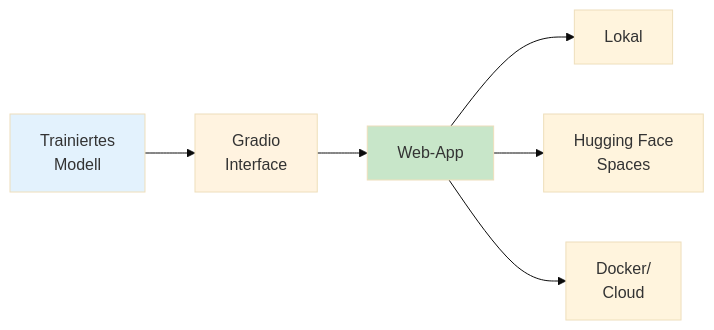
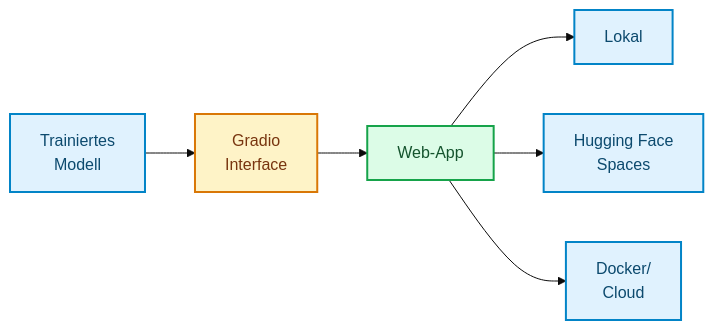
One commit to ralf-42/ML_Intro changed the sixth of 6 diagrams in docs/deployment/Gradio_Deployment.md. Above: the diagram before and after it, drawn with Mermaid (base theme). The commit also changed other lines of this file and 67 other files, not shown here.

````diff
--- a/docs/deployment/Gradio_Deployment.md
+++ b/docs/deployment/Gradio_Deployment.md
@@ -547,13 +554,15 @@
 ```mermaid
 flowchart LR
     A[Trainiertes<br/>Modell] --> B[Gradio<br/>Interface]
     B --> C[Web-App]
     
     C --> D[Lokal]
     C --> E[Hugging Face<br/>Spaces]
     C --> F[Docker/<br/>Cloud]
-    
-    style A fill:#e3f2fd
-    style B fill:#fff3e0
-    style C fill:#c8e6c9
+
+    classDef default fill:#e0f2fe,stroke:#0284c7,stroke-width:2px,color:#0c4a6e;
+    classDef metric fill:#fef3c7,stroke:#d97706,stroke-width:2px,color:#78350f;
+    classDef output fill:#dcfce7,stroke:#16a34a,stroke-width:2px,color:#14532d;
+    class B metric;
+    class C output;
 ```
````
